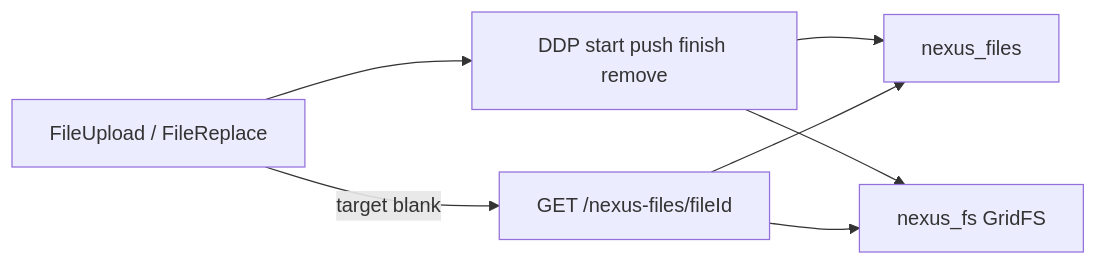
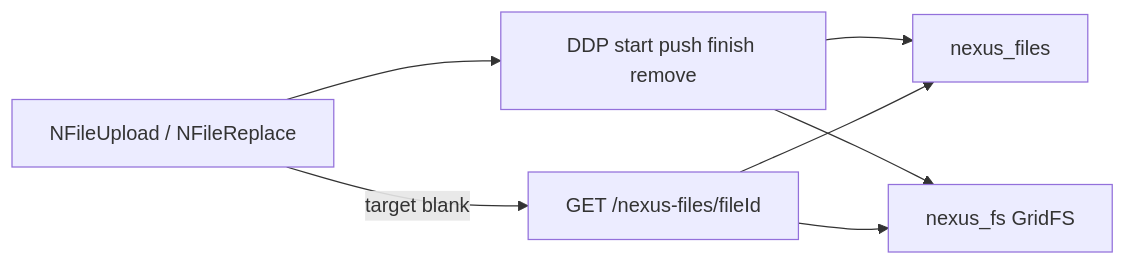
Before and after one commit to kasgarally/ik-nexus: the diagram in .cursor/plans/files_ui_components_928c3593.plan.md, drawn with Mermaid. The commit also changed other lines of this file and 27 other files, not shown here.

````diff
--- a/.cursor/plans/files_ui_components_928c3593.plan.md
+++ b/.cursor/plans/files_ui_components_928c3593.plan.md
@@ -49,14 +49,14 @@
 ```mermaid
 flowchart LR
-  ui["FileUpload / FileReplace"]
+  ui["NFileUpload / NFileReplace"]
   ddp["DDP start push finish remove"]
   http["GET /nexus-files/fileId"]
   grid["nexus_fs GridFS"]
   meta["nexus_files"]
   ui --> ddp
   ui -->|"target blank"| http
   ddp --> meta
   ddp --> grid
   http --> meta
   http --> grid
 ```
````
